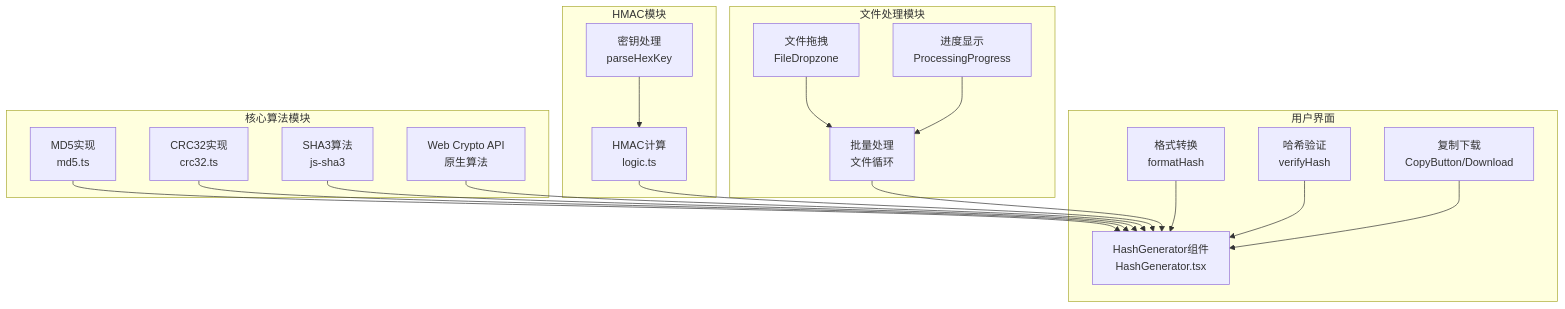
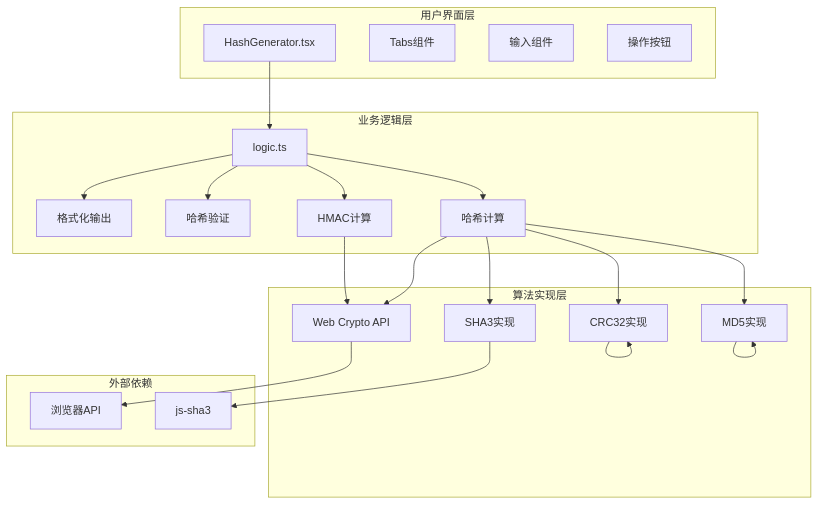
Before and after one commit to sgyy/privadeck: the first of 6 diagrams in .qoder/repowiki/zh/content/开发者工具/哈希生成工具.md, drawn with Mermaid. The commit also changed other lines of this file and 23 other files, not shown here.

````diff
--- a/.qoder/repowiki/zh/content/开发者工具/哈希生成工具.md
+++ b/.qoder/repowiki/zh/content/开发者工具/哈希生成工具.md
@@ -55,36 +38,40 @@
 ```mermaid
 graph TB
-subgraph "核心算法模块"
-MD5["MD5实现<br/>md5.ts"]
-CRC32["CRC32实现<br/>crc32.ts"]
-SHA3["SHA3算法<br/>js-sha3"]
-WEB["Web Crypto API<br/>原生算法"]
+subgraph "用户界面层"
+UI[HashGenerator.tsx]
+TAB[Tabs组件]
+INPUT[输入组件]
+ACTIONS[操作按钮]
 end
-subgraph "HMAC模块"
-HMAC["HMAC计算<br/>logic.ts"]
-KEY["密钥处理<br/>parseHexKey"]
+subgraph "业务逻辑层"
+LOGIC[logic.ts]
+HASH[哈希计算]
+HMAC[HMAC计算]
+VERIFY[哈希验证]
+FORMAT[格式化输出]
 end
-subgraph "文件处理模块"
-DROP["文件拖拽<br/>FileDropzone"]
-PROGRESS["进度显示<br/>ProcessingProgress"]
-BATCH["批量处理<br/>文件循环"]
+subgraph "算法实现层"
+MD5[MD5实现]
+CRC32[CRC32实现]
+SHA3[SHA3实现]
+WEBCRYPTO[Web Crypto API]
 end
-subgraph "用户界面"
-UI["HashGenerator组件<br/>HashGenerator.tsx"]
-FORMAT["格式转换<br/>formatHash"]
-VERIFY["哈希验证<br/>verifyHash"]
-COPY["复制下载<br/>CopyButton/Download"]
+subgraph "外部依赖"
+JSSHA3[js-sha3]
+BROWSER[浏览器API]
 end
-MD5 --> UI
-CRC32 --> UI
-SHA3 --> UI
-WEB --> UI
-HMAC --> UI
-KEY --> HMAC
-DROP --> BATCH
-PROGRESS --> BATCH
-BATCH --> UI
-FORMAT --> UI
-VERIFY --> UI
-COPY --> UI
+UI --> LOGIC
+LOGIC --> HASH
+LOGIC --> HMAC
+LOGIC --> VERIFY
+LOGIC --> FORMAT
+HASH --> MD5
+HASH --> CRC32
+HASH --> SHA3
+HASH --> WEBCRYPTO
+SHA3 --> JSSHA3
+HMAC --> WEBCRYPTO
+MD5 --> MD5
+CRC32 --> CRC32
+WEBCRYPTO --> BROWSER
 ```
````
